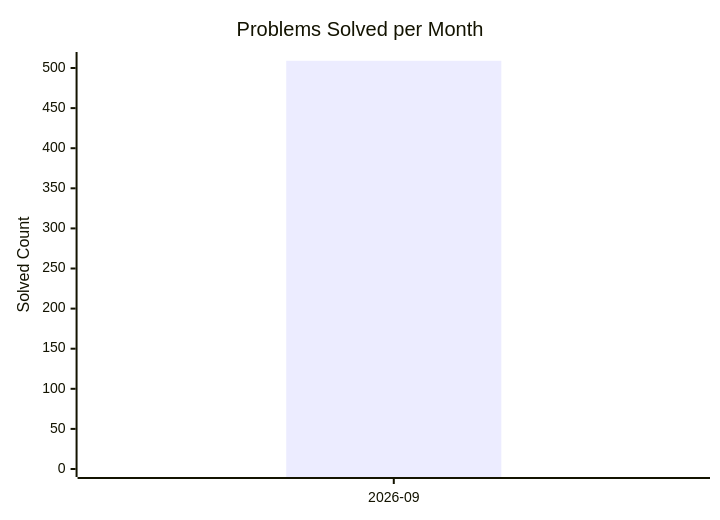
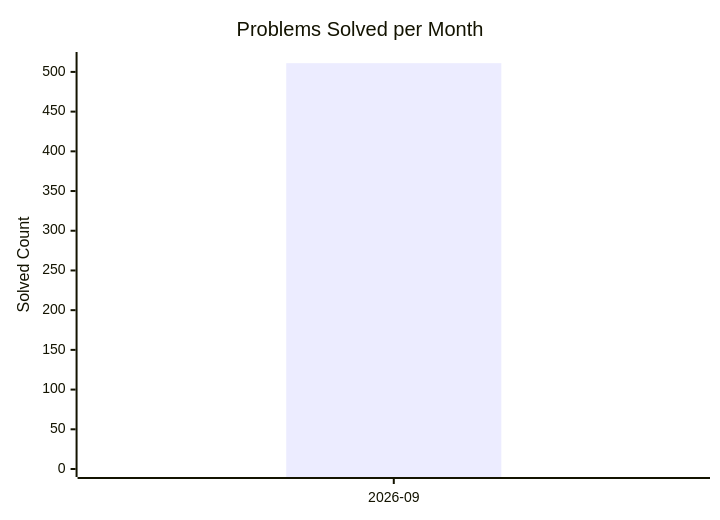
One commit to AdityaPandey-DEV/CP-Progress-Sync changed the diagram in dashboard.md. Above: the diagram before and after it, drawn with Mermaid. The commit also changed other lines of this file, not shown here.

Commit message:
Auto-update CP dashboard [skip ci]

````diff
--- a/dashboard.md
+++ b/dashboard.md
@@ -8,8 +8,8 @@
 ```mermaid
 xychart-beta
     title "Problems Solved per Month"
     x-axis ["2026-09"]
-    y-axis "Solved Count" 0 --> 510
-    bar [509]
-    line [509]
+    y-axis "Solved Count" 0 --> 515
+    bar [511]
+    line [511]
 ```
````
